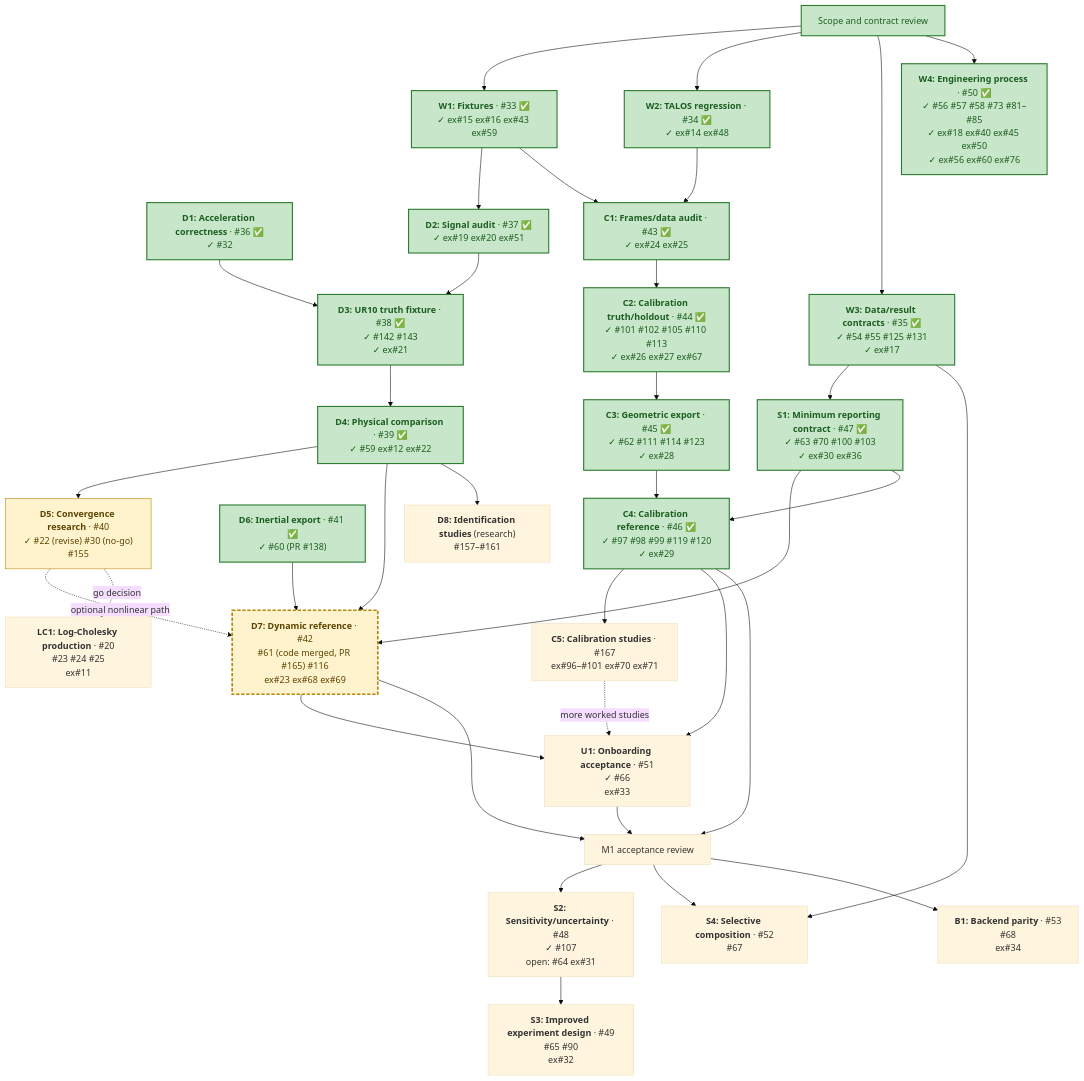
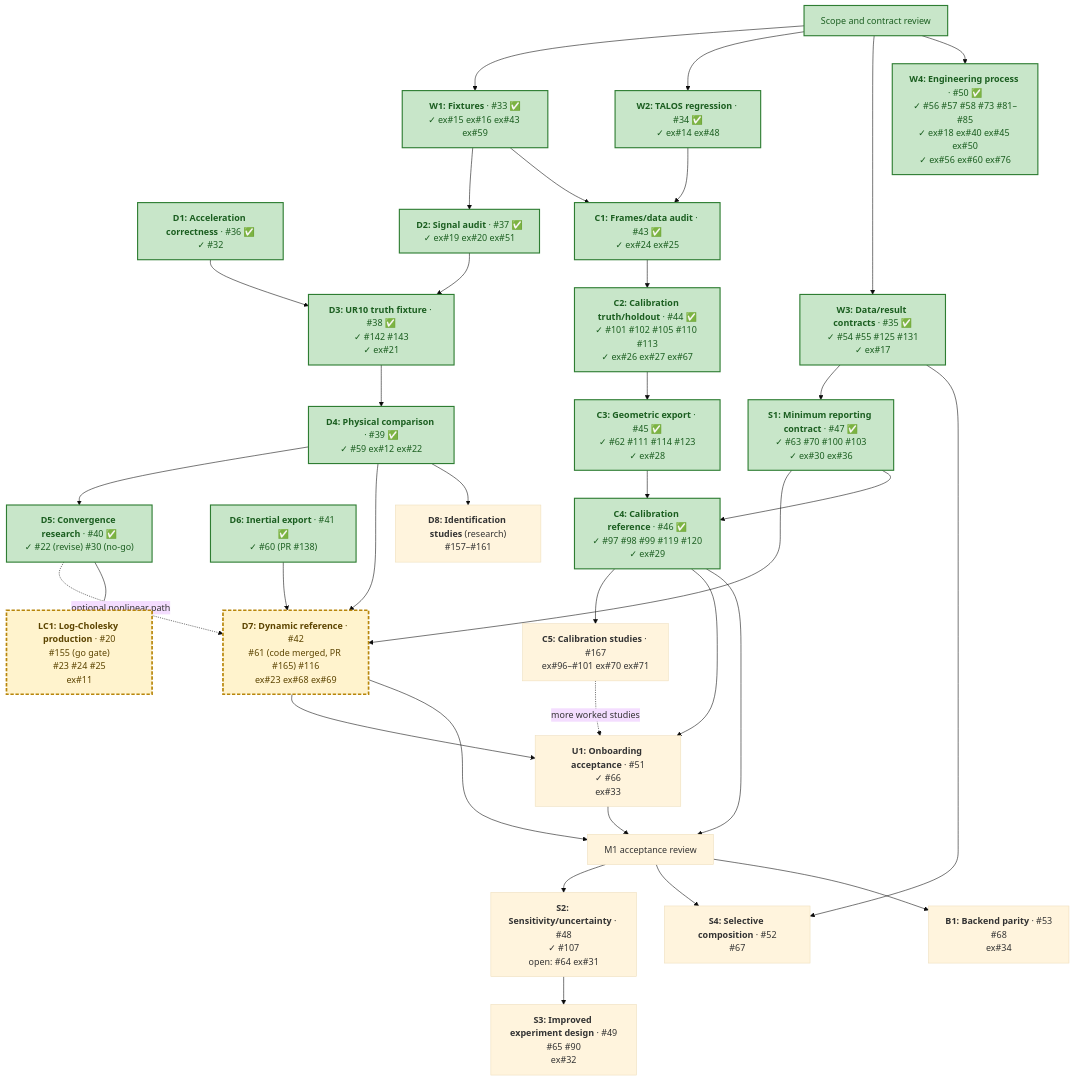
One commit to thanhndv212/figaroh-plus changed the diagram in docs/plans/identification-calibration-delivery.md. Above: the diagram before and after it, drawn with Mermaid (base theme). The commit also changed other lines of this file, not shown here.

First line of the commit message:
docs(plan): clear D5 and move #155 to LC1 as its go gate

````diff
--- a/docs/plans/identification-calibration-delivery.md
+++ b/docs/plans/identification-calibration-delivery.md
@@ -77,71 +77,70 @@
 ```mermaid
 flowchart TD
     R["Scope and contract review"]
     W1["<b>W1: Fixtures</b> · #33 ✅<br/>✓ ex#15 ex#16 ex#43 ex#59"]
     W2["<b>W2: TALOS regression</b> · #34 ✅<br/>✓ ex#14 ex#48"]
     W3["<b>W3: Data/result contracts</b> · #35 ✅<br/>✓ #54 #55 #125 #131<br/>✓ ex#17"]
     W4["<b>W4: Engineering process</b> · #50 ✅<br/>✓ #56 #57 #58 #73 #81–#85<br/>✓ ex#18 ex#40 ex#45 ex#50<br/>✓ ex#56 ex#60 ex#76"]
     D1["<b>D1: Acceleration correctness</b> · #36 ✅<br/>✓ #32"]
     D2["<b>D2: Signal audit</b> · #37 ✅<br/>✓ ex#19 ex#20 ex#51"]
     D3["<b>D3: UR10 truth fixture</b> · #38 ✅<br/>✓ #142 #143<br/>✓ ex#21"]
     D4["<b>D4: Physical comparison</b> · #39 ✅<br/>✓ #59 ex#12 ex#22"]
-    D5["<b>D5: Convergence research</b> · #40<br/>✓ #22 (revise) #30 (no-go)<br/>#155"]
+    D5["<b>D5: Convergence research</b> · #40 ✅<br/>✓ #22 (revise) #30 (no-go)"]
     D6["<b>D6: Inertial export</b> · #41 ✅<br/>✓ #60 (PR #138)"]
     D7["<b>D7: Dynamic reference</b> · #42<br/>#61 (code merged, PR #165) #116<br/>ex#23 ex#68 ex#69"]
     C1["<b>C1: Frames/data audit</b> · #43 ✅<br/>✓ ex#24 ex#25"]
     C2["<b>C2: Calibration truth/holdout</b> · #44 ✅<br/>✓ #101 #102 #105 #110 #113<br/>✓ ex#26 ex#27 ex#67"]
     C3["<b>C3: Geometric export</b> · #45 ✅<br/>✓ #62 #111 #114 #123<br/>✓ ex#28"]
     C4["<b>C4: Calibration reference</b> · #46 ✅<br/>✓ #97 #98 #99 #119 #120<br/>✓ ex#29"]
     C5["<b>C5: Calibration studies</b> · #167<br/>ex#96–#101 ex#70 ex#71"]
     D8["<b>D8: Identification studies</b> (research)<br/>#157–#161"]
     S1["<b>S1: Minimum reporting contract</b> · #47 ✅<br/>✓ #63 #70 #100 #103<br/>✓ ex#30 ex#36"]
     U1["<b>U1: Onboarding acceptance</b> · #51<br/>✓ #66<br/>ex#33"]
     A["M1 acceptance review"]
     S2["<b>S2: Sensitivity/uncertainty</b> · #48<br/>✓ #107<br/>open: #64 ex#31"]
     S3["<b>S3: Improved experiment design</b> · #49<br/>#65 #90<br/>ex#32"]
     S4["<b>S4: Selective composition</b> · #52<br/>#67"]
     B1["<b>B1: Backend parity</b> · #53<br/>#68<br/>ex#34"]
-    LC1["<b>LC1: Log-Cholesky production</b> · #20<br/>#23 #24 #25<br/>ex#11"]
+    LC1["<b>LC1: Log-Cholesky production</b> · #20<br/>#155 (go gate)<br/>#23 #24 #25<br/>ex#11"]
 
     R --> W1
     R --> W2
     R --> W3
     R --> W4
     W1 --> D2
     D1 --> D3
     D2 --> D3
     D3 --> D4
     D4 --> D5
     D6 --> D7
     D4 --> D7
     D5 -. optional nonlinear path .-> D7
-    D5 -. go decision .-> LC1
+    D5 --> LC1
     W1 --> C1
     W2 --> C1
     C1 --> C2
     C2 --> C3
     C3 --> C4
     C4 --> C5
     D4 --> D8
     C5 -. more worked studies .-> U1
     W3 --> S1
     S1 --> D7
     S1 --> C4
     D7 --> U1
     C4 --> U1
     D7 --> A
     C4 --> A
     U1 --> A
     A --> S2
     S2 --> S3
     A --> S4
     W3 --> S4
     A --> B1
 
     classDef cleared fill:#c8e6c9,stroke:#2e7d32,stroke-width:2px,color:#1b5e20
     classDef ready fill:#fff3cd,stroke:#b8860b,color:#5c4400
-    class R,W1,W2,W3,W4,D1,D2,C1,C2,C3,S1,D6,C4,D3,D4 cleared
-    class D5 ready
-    class D7 active
+    class R,W1,W2,W3,W4,D1,D2,C1,C2,C3,S1,D6,C4,D3,D4,D5 cleared
+    class D7,LC1 active
     classDef active fill:#fff3cd,stroke:#b8860b,stroke-width:3px,stroke-dasharray:6 3,color:#5c4400
 ```
````
